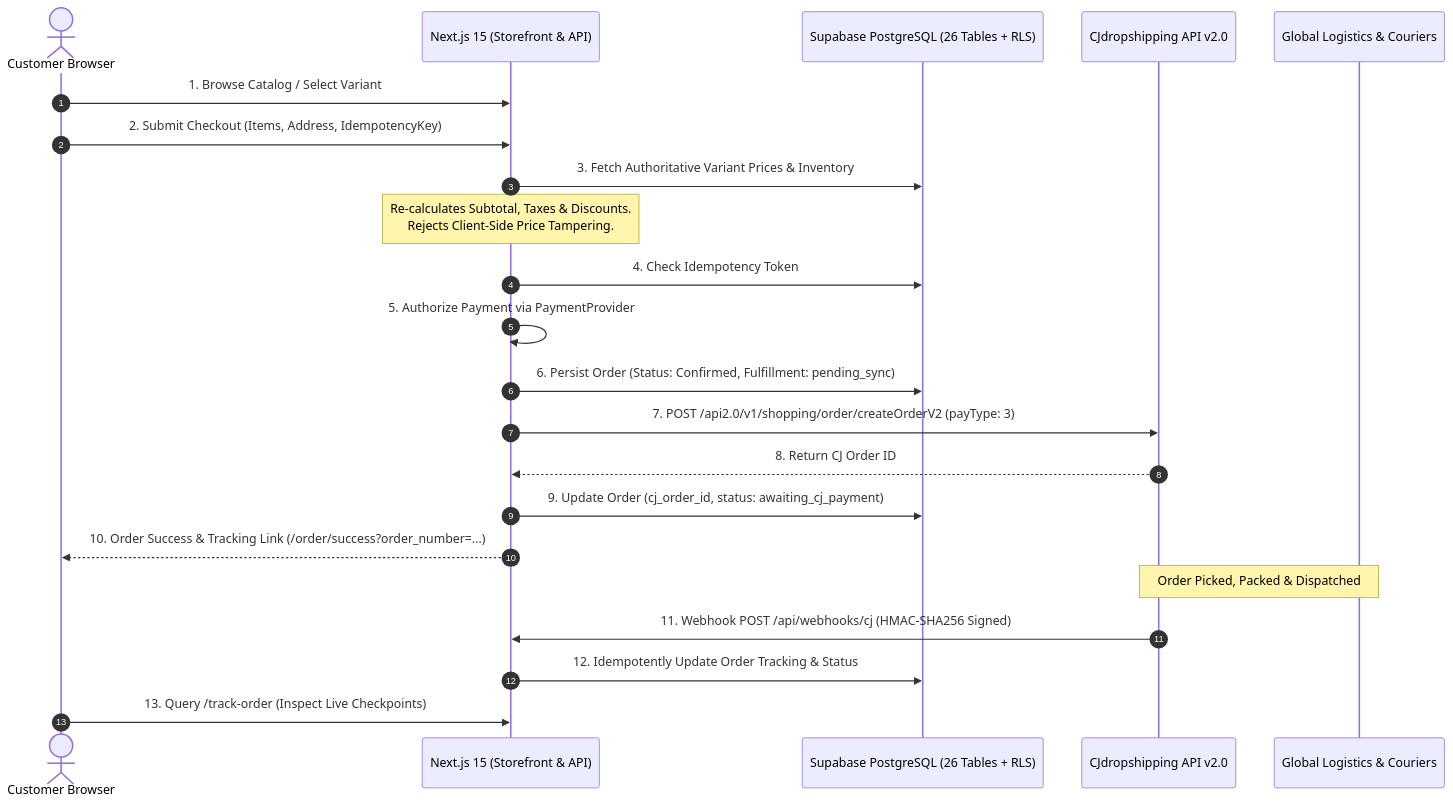
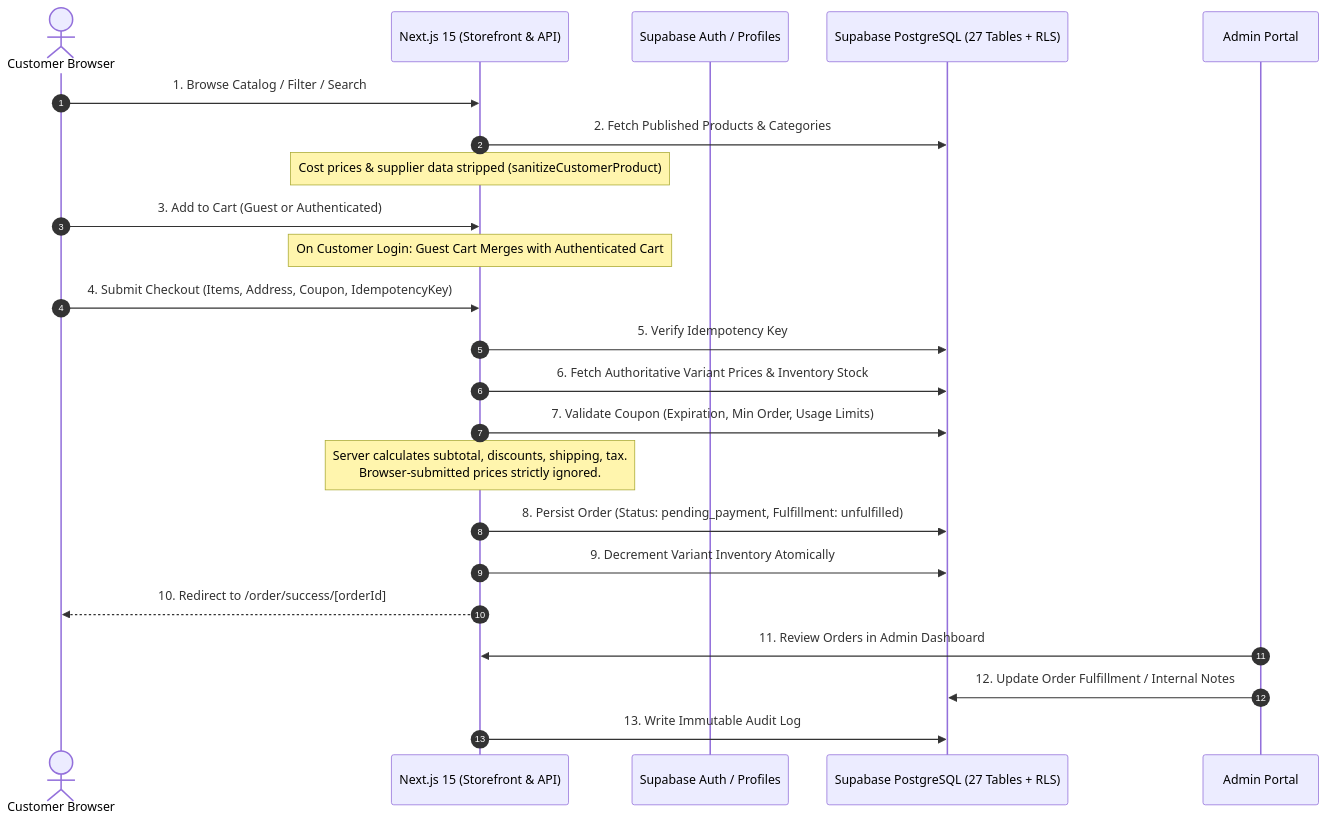
One commit to ussainakbar70-blip/mychoice.in changed the diagram in docs/ARCHITECTURE.md. Above: the diagram before and after it, drawn with Mermaid. The commit also changed other lines of this file and 148 other files, not shown here.

````diff
--- a/docs/ARCHITECTURE.md
+++ b/docs/ARCHITECTURE.md
@@ -11,25 +11,26 @@
 ```mermaid
 sequenceDiagram
     autonumber
     actor Customer as Customer Browser
     participant NextApp as Next.js 15 (Storefront & API)
-    participant DB as Supabase PostgreSQL (26 Tables + RLS)
-    participant CJ as CJdropshipping API v2.0
-    participant Courier as Global Logistics & Couriers
+    participant Auth as Supabase Auth / Profiles
+    participant DB as Supabase PostgreSQL (27 Tables + RLS)
+    participant Admin as Admin Portal
 
-    Customer->>NextApp: 1. Browse Catalog / Select Variant
-    Customer->>NextApp: 2. Submit Checkout (Items, Address, IdempotencyKey)
-    NextApp->>DB: 3. Fetch Authoritative Variant Prices & Inventory
-    Note over NextApp: Re-calculates Subtotal, Taxes & Discounts.<br/>Rejects Client-Side Price Tampering.
-    NextApp->>DB: 4. Check Idempotency Token
-    NextApp->>NextApp: 5. Authorize Payment via PaymentProvider
-    NextApp->>DB: 6. Persist Order (Status: Confirmed, Fulfillment: pending_sync)
-    NextApp->>CJ: 7. POST /api2.0/v1/shopping/order/createOrderV2 (payType: 3)
-    CJ-->>NextApp: 8. Return CJ Order ID
-    NextApp->>DB: 9. Update Order (cj_order_id, status: awaiting_cj_payment)
-    NextApp-->>Customer: 10. Order Success & Tracking Link (/order/success?order_number=...)
-    Note over CJ,Courier: Order Picked, Packed & Dispatched
-    CJ->>NextApp: 11. Webhook POST /api/webhooks/cj (HMAC-SHA256 Signed)
-    NextApp->>DB: 12. Idempotently Update Order Tracking & Status
-    Customer->>NextApp: 13. Query /track-order (Inspect Live Checkpoints)
+    Customer->>NextApp: 1. Browse Catalog / Filter / Search
+    NextApp->>DB: 2. Fetch Published Products & Categories
+    Note over NextApp: Cost prices & supplier data stripped (sanitizeCustomerProduct)
+    Customer->>NextApp: 3. Add to Cart (Guest or Authenticated)
+    Note over NextApp: On Customer Login: Guest Cart Merges with Authenticated Cart
+    Customer->>NextApp: 4. Submit Checkout (Items, Address, Coupon, IdempotencyKey)
+    NextApp->>DB: 5. Verify Idempotency Key
+    NextApp->>DB: 6. Fetch Authoritative Variant Prices & Inventory Stock
+    NextApp->>DB: 7. Validate Coupon (Expiration, Min Order, Usage Limits)
+    Note over NextApp: Server calculates subtotal, discounts, shipping, tax.<br/>Browser-submitted prices strictly ignored.
+    NextApp->>DB: 8. Persist Order (Status: pending_payment, Fulfillment: unfulfilled)
+    NextApp->>DB: 9. Decrement Variant Inventory Atomically
+    NextApp-->>Customer: 10. Redirect to /order/success/[orderId]
+    Admin->>NextApp: 11. Review Orders in Admin Dashboard
+    Admin->>DB: 12. Update Order Fulfillment / Internal Notes
+    NextApp->>DB: 13. Write Immutable Audit Log
 ```
````
